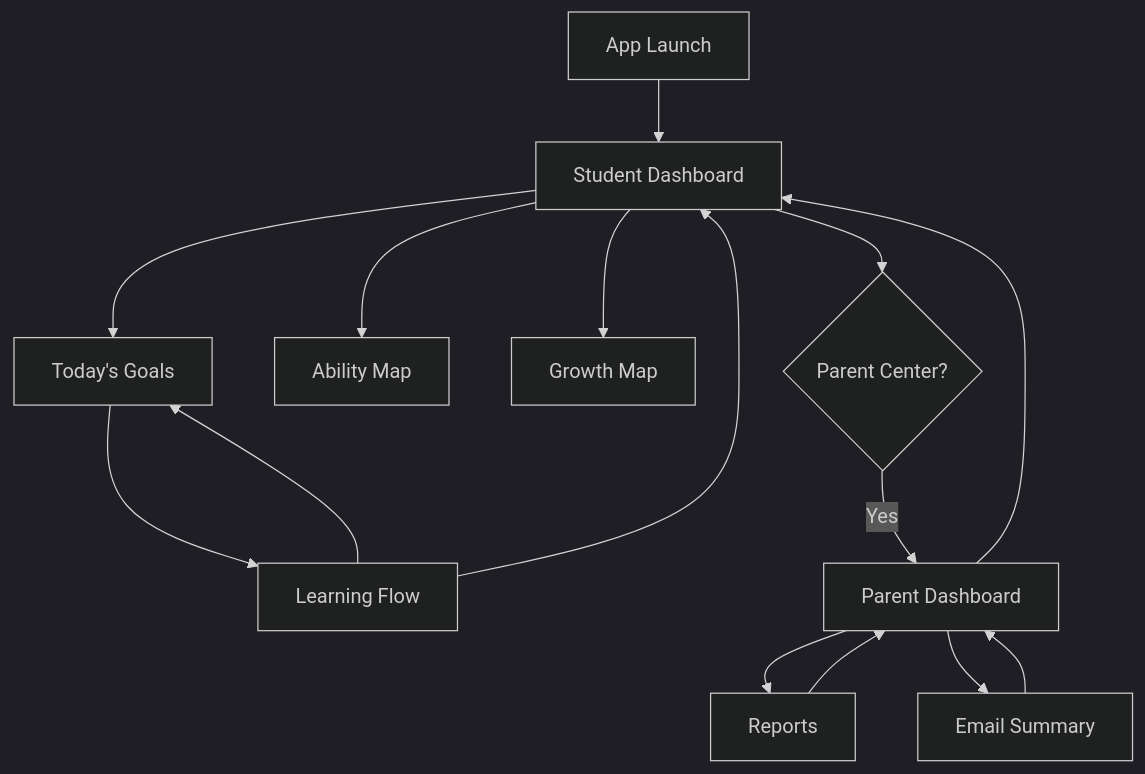
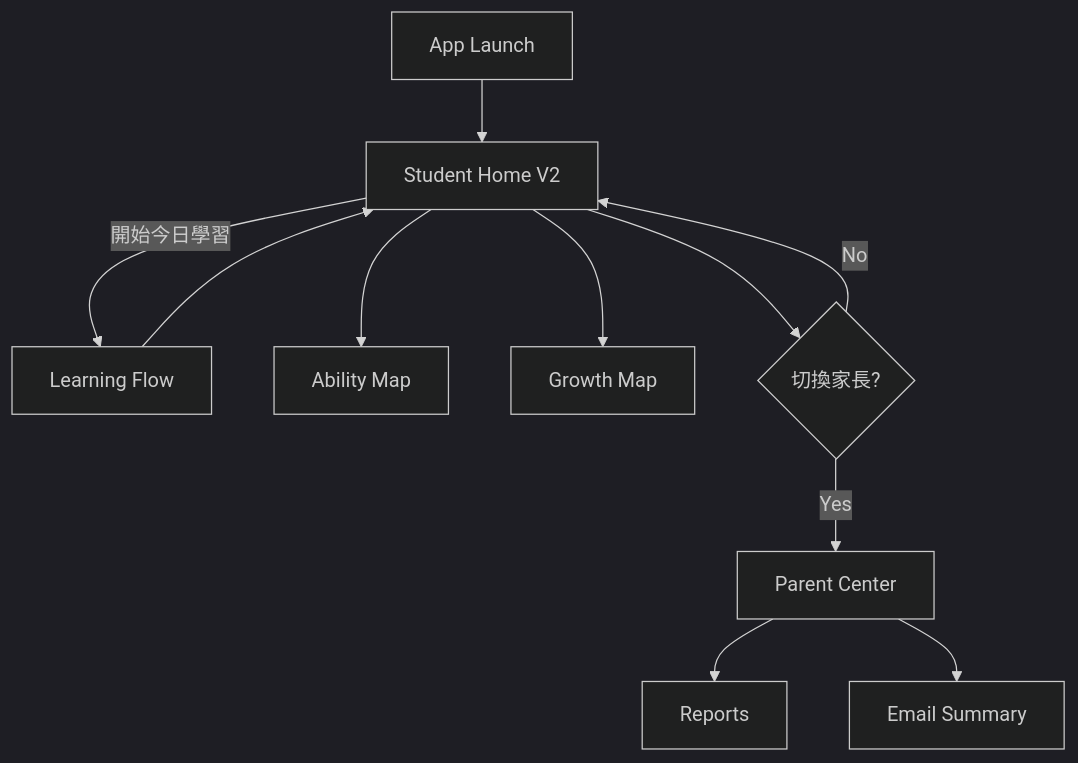
One commit to hsiaotsunjen-dotcom/studysignal changed the diagram in docs/UI_DESIGN_V1.md. Above: the diagram before and after it, drawn with Mermaid (dark theme). The commit also changed other lines of this file and 29 other files, not shown here.

Commit message:
feat: complete StudySignal V0 demo flow with parent signup and daily learning experience

````diff
--- a/docs/UI_DESIGN_V1.md
+++ b/docs/UI_DESIGN_V1.md
@@ -346,17 +371,13 @@
 ```mermaid
 flowchart TD
-  Launch[App Launch] --> StudentDash[Student Dashboard]
-  StudentDash --> Goals[Today's Goals]
-  Goals --> Flow[Learning Flow]
-  Flow --> Goals
-  Flow --> StudentDash
-  StudentDash --> Ability[Ability Map]
-  StudentDash --> Growth[Growth Map]
-  StudentDash --> Parent{Parent Center?}
-  Parent -->|Yes| ParentDash[Parent Dashboard]
+  Launch[App Launch] --> StudentHome[Student Home V2]
+  StudentHome -->|開始今日學習| Flow[Learning Flow]
+  Flow --> StudentHome
+  StudentHome --> Ability[Ability Map]
+  StudentHome --> Growth[Growth Map]
+  StudentHome --> ParentChoice{切換家長?}
+  ParentChoice -->|Yes| ParentDash[Parent Center]
+  ParentChoice -->|No| StudentHome
   ParentDash --> Reports[Reports]
   ParentDash --> Email[Email Summary]
-  Reports --> ParentDash
-  Email --> ParentDash
-  ParentDash --> StudentDash
 ```
````
